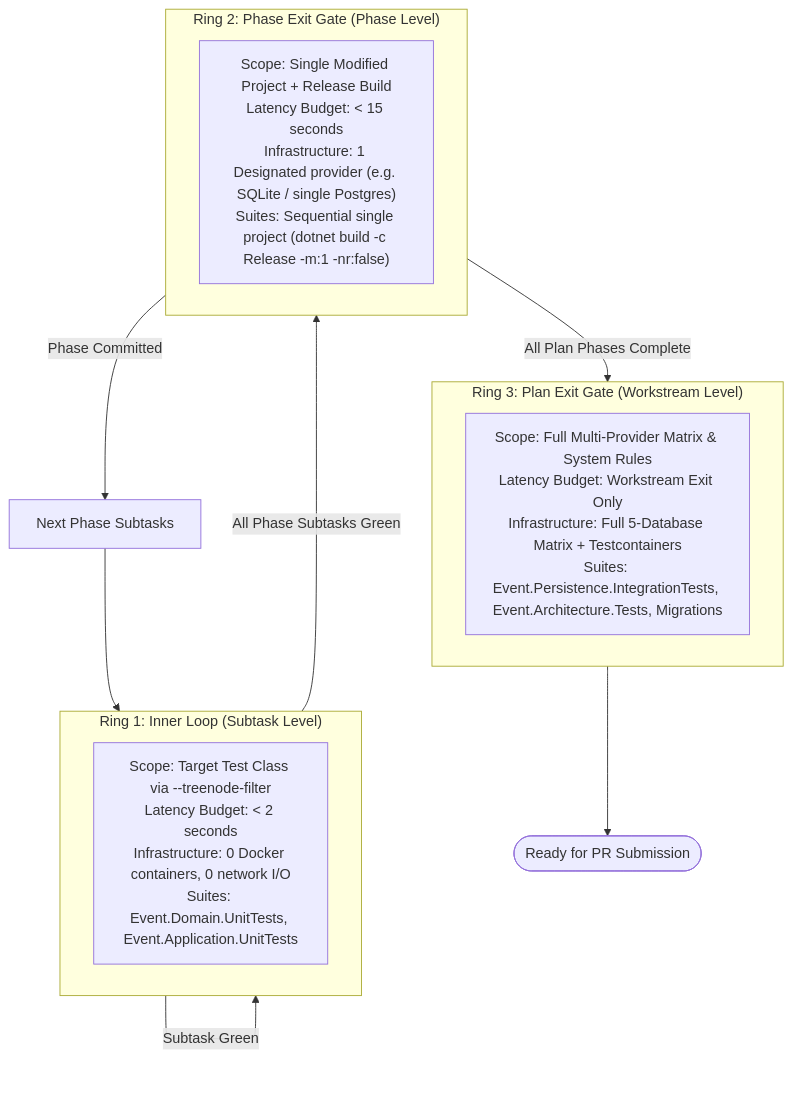
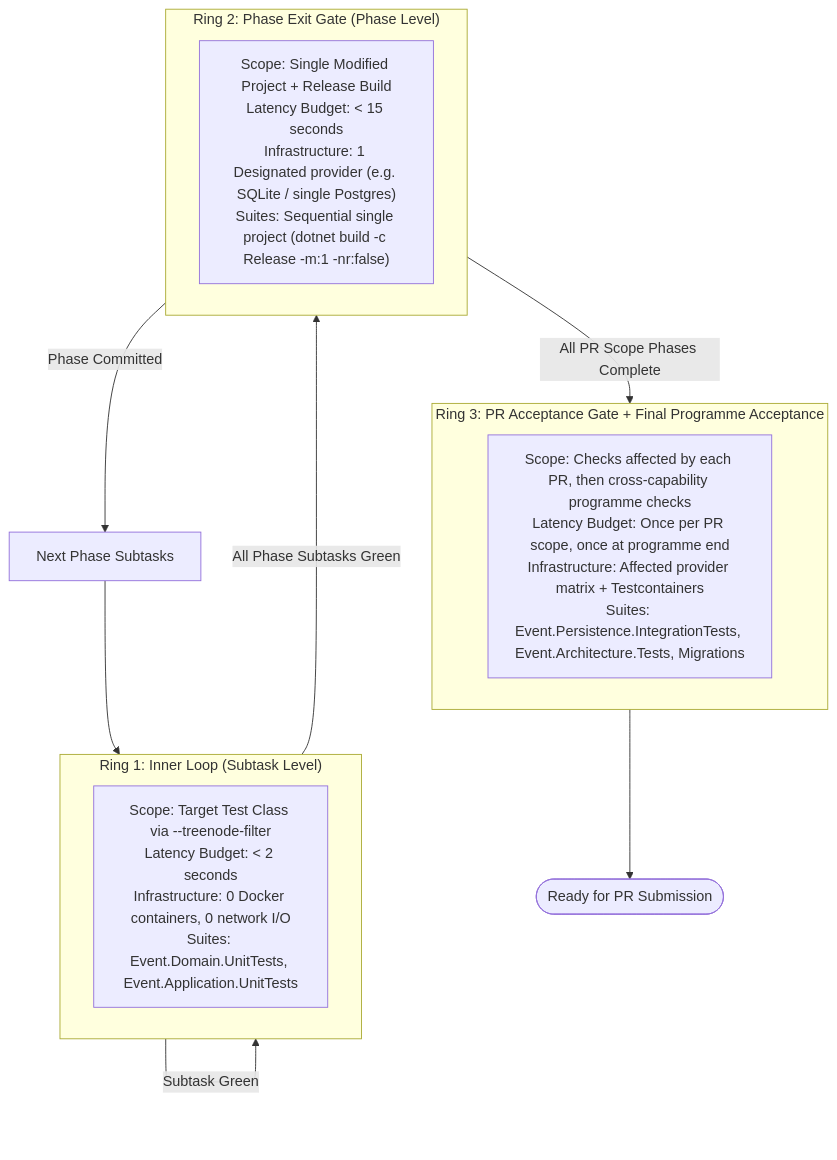
The ninth of 12 diagrams in docs/internal/AGENTIC_CONTEXT_ENGINEERING.md (islamu-ngo/Event), drawn with Mermaid before and after one commit. The commit also changed other lines of this file and 7 other files, not shown here.

````diff
--- a/docs/internal/AGENTIC_CONTEXT_ENGINEERING.md
+++ b/docs/internal/AGENTIC_CONTEXT_ENGINEERING.md
@@ -666,21 +682,21 @@
 ```mermaid
 flowchart TD
     subgraph Ring1["Ring 1: Inner Loop (Subtask Level)"]
         R1Scope["Scope: Target Test Class via --treenode-filter\nLatency Budget: < 2 seconds\nInfrastructure: 0 Docker containers, 0 network I/O\nSuites: Event.Domain.UnitTests, Event.Application.UnitTests"]
     end
 
     subgraph Ring2["Ring 2: Phase Exit Gate (Phase Level)"]
         R2Scope["Scope: Single Modified Project + Release Build\nLatency Budget: < 15 seconds\nInfrastructure: 1 Designated provider (e.g. SQLite / single Postgres)\nSuites: Sequential single project (dotnet build -c Release -m:1 -nr:false)"]
     end
 
-    subgraph Ring3["Ring 3: Plan Exit Gate (Workstream Level)"]
-        R3Scope["Scope: Full Multi-Provider Matrix & System Rules\nLatency Budget: Workstream Exit Only\nInfrastructure: Full 5-Database Matrix + Testcontainers\nSuites: Event.Persistence.IntegrationTests, Event.Architecture.Tests, Migrations"]
+    subgraph Ring3["Ring 3: PR Acceptance Gate + Final Programme Acceptance"]
+        R3Scope["Scope: Checks affected by each PR, then cross-capability programme checks\nLatency Budget: Once per PR scope, once at programme end\nInfrastructure: Affected provider matrix + Testcontainers\nSuites: Event.Persistence.IntegrationTests, Event.Architecture.Tests, Migrations"]
     end
 
     Ring1 -->|Subtask Green| Ring1
     Ring1 -->|All Phase Subtasks Green| Ring2
     Ring2 -->|Phase Committed| NextPhase["Next Phase Subtasks"]
     NextPhase --> Ring1
-    Ring2 -->|All Plan Phases Complete| Ring3
+    Ring2 -->|All PR Scope Phases Complete| Ring3
     Ring3 --> PRReady(["Ready for PR Submission"])
 ```
````
